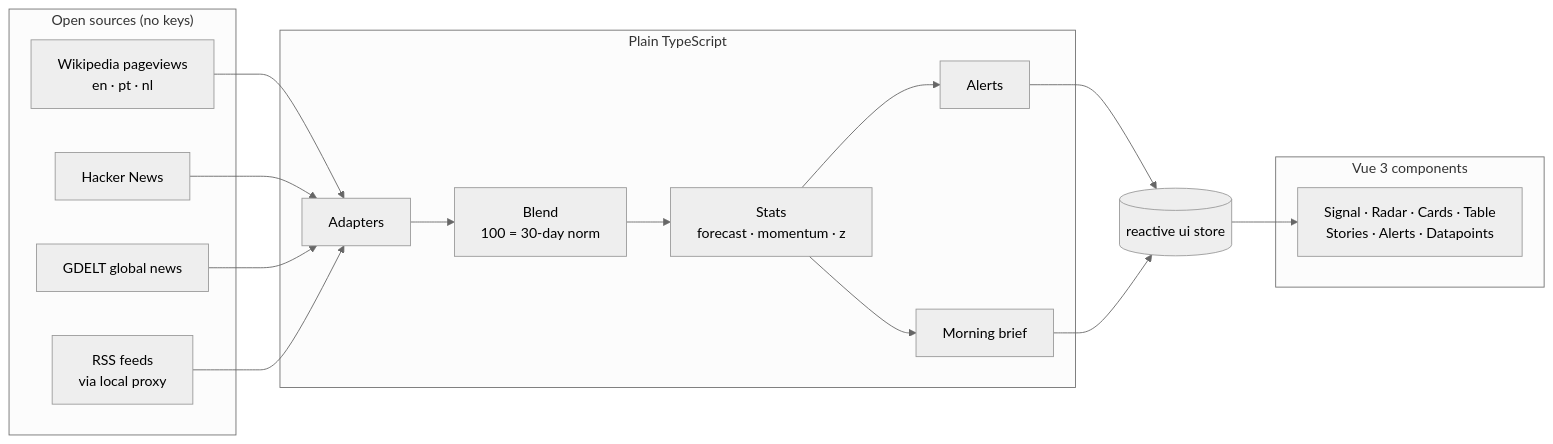
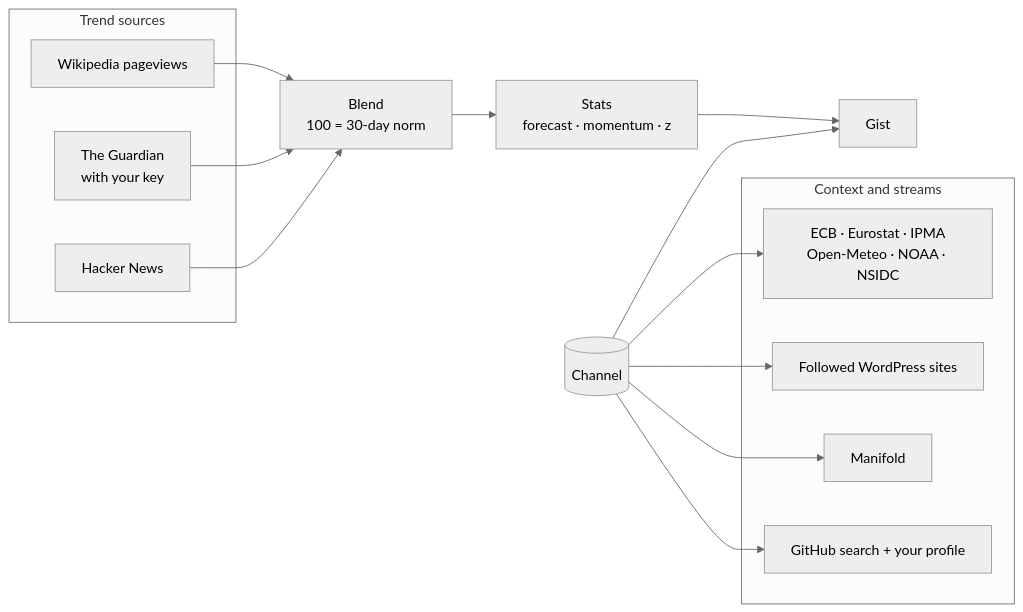
One commit to alex-quiterio/precog-trend-radar changed the diagram in README.md. Above: the diagram before and after it, drawn with Mermaid (neutral theme). The commit also changed other lines of this file and 49 other files, not shown here.

````diff
--- a/README.md
+++ b/README.md
@@ -76,20 +77,16 @@
 ```mermaid
 flowchart LR
-  subgraph Sources["Open sources (no keys)"]
-    W[Wikipedia pageviews<br/>en · pt · nl]
+  subgraph Trend["Trend sources"]
+    W[Wikipedia pageviews]
+    G[The Guardian<br/>with your key]
     H[Hacker News]
-    G[GDELT global news]
-    R[RSS feeds<br/>via local proxy]
   end
-  subgraph Logic["Plain TypeScript"]
-    A[Adapters] --> B[Blend<br/>100 = 30-day norm]
-    B --> S[Stats<br/>forecast · momentum · z]
-    S --> L[Alerts]
-    S --> BR[Morning brief]
+  subgraph Context["Context and streams"]
+    D[ECB · Eurostat · IPMA<br/>Open-Meteo · NOAA · NSIDC]
+    R[Followed WordPress sites]
+    M[Manifold]
+    GH[GitHub search + your profile]
   end
-  subgraph UI["Vue 3 components"]
-    C[Signal · Radar · Cards · Table<br/>Stories · Alerts · Datapoints]
-  end
-  W & H & G & R --> A
-  L & BR --> U[(reactive ui store)] --> C
+  W & G & H --> B[Blend<br/>100 = 30-day norm] --> S[Stats<br/>forecast · momentum · z] --> GI[Gist]
+  CH[(Channel)] --> GI & D & R & M & GH
 ```
````
